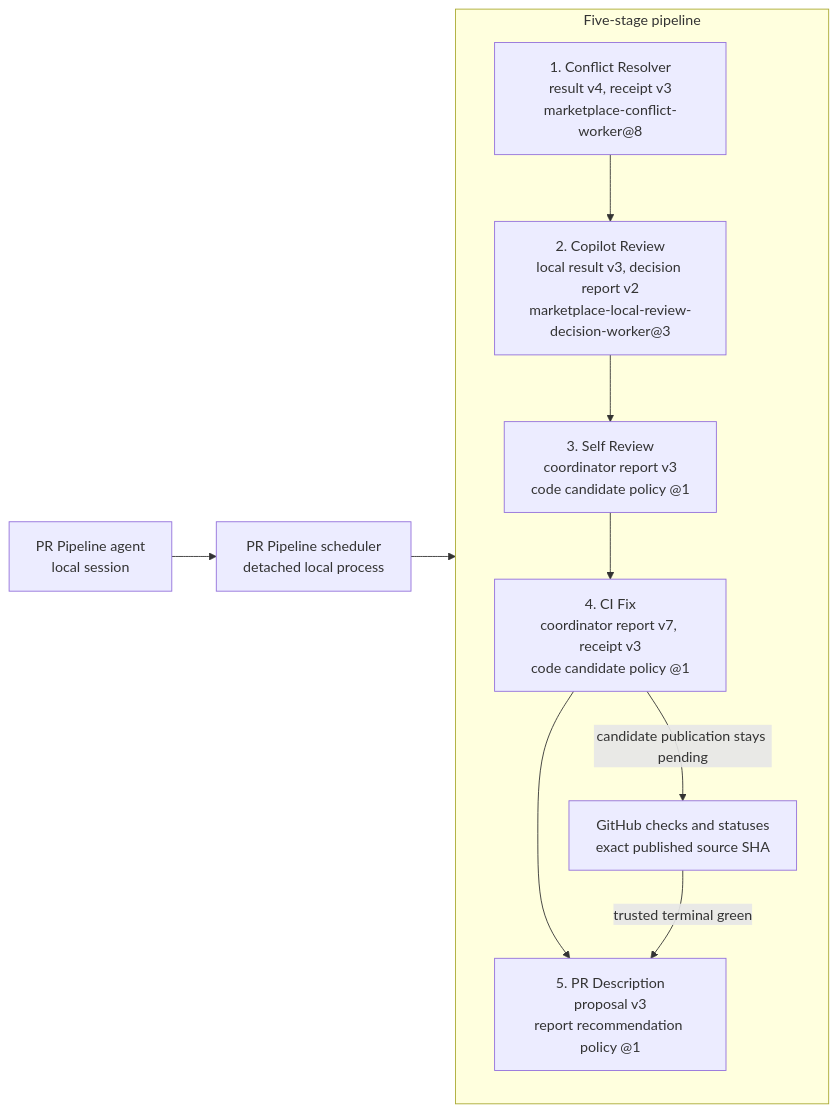
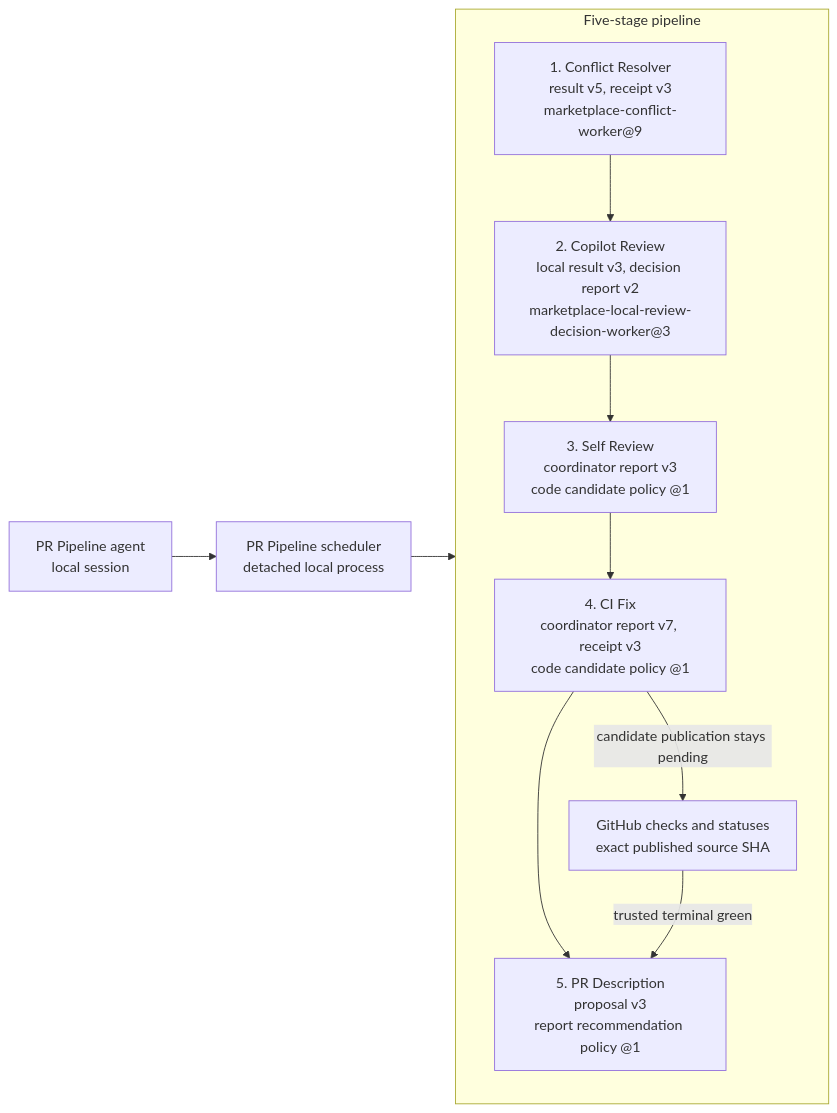
Before and after one commit to trask/copilot-plugins: the diagram in plugins/pr-pipeline/README.md, drawn with Mermaid. The commit also changed 2 other files, not shown here.

Commit message:
Publish creator-bound replay message verification
Release Conflict Resolver 1.1.32 with policy 9 and result schema 5. Keep the original message intact while accepting one independently verified task-creator attribution appendix.

````diff
--- a/plugins/pr-pipeline/README.md
+++ b/plugins/pr-pipeline/README.md
@@ -5,22 +5,22 @@
 ```mermaid
 flowchart LR
     agent["PR Pipeline agent<br/>local session"]
     scheduler["PR Pipeline scheduler<br/>detached local process"]
     agent --> scheduler
 
     subgraph pipeline["Five-stage pipeline"]
         direction TB
-        conflict["1. Conflict Resolver<br/>result v4, receipt v3<br/>marketplace-conflict-worker@8"]
+        conflict["1. Conflict Resolver<br/>result v5, receipt v3<br/>marketplace-conflict-worker@9"]
         copilotReview["2. Copilot Review<br/>local result v3, decision report v2<br/>marketplace-local-review-decision-worker@3"]
         selfReview["3. Self Review<br/>coordinator report v3<br/>code candidate policy @1"]
         ci["4. CI Fix<br/>coordinator report v7, receipt v3<br/>code candidate policy @1"]
         description["5. PR Description<br/>proposal v3<br/>report recommendation policy @1"]
         checks["GitHub checks and statuses<br/>exact published source SHA"]
 
         conflict --> copilotReview --> selfReview --> ci --> description
         ci -->|"candidate publication stays pending"| checks
         checks -->|"trusted terminal green"| description
     end
 
     scheduler --> conflict
 ```
````
